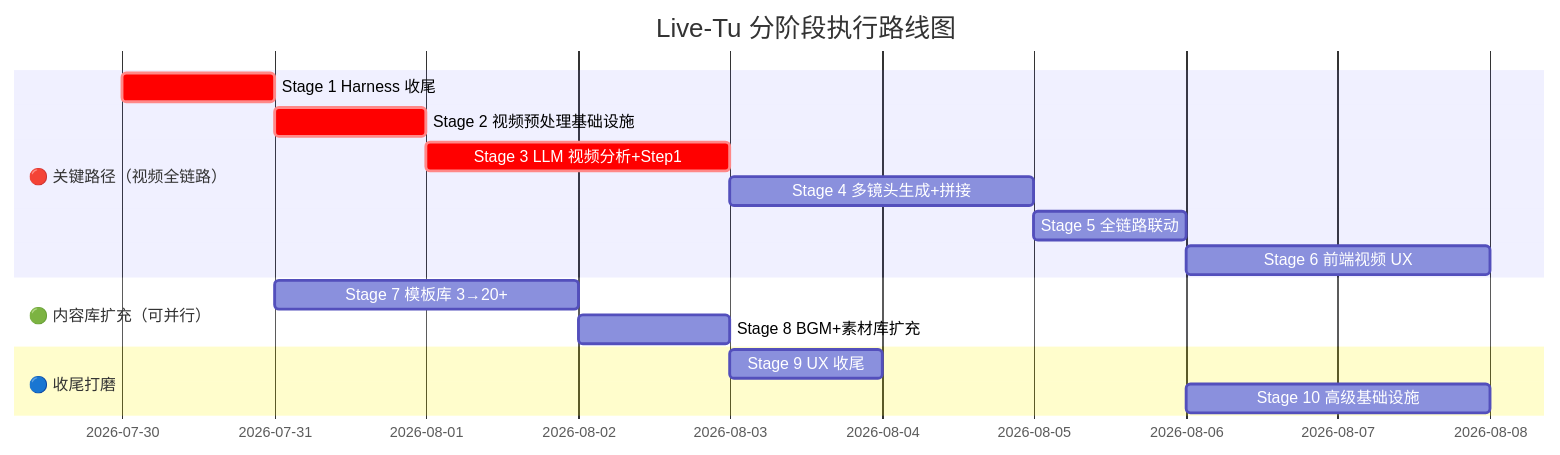
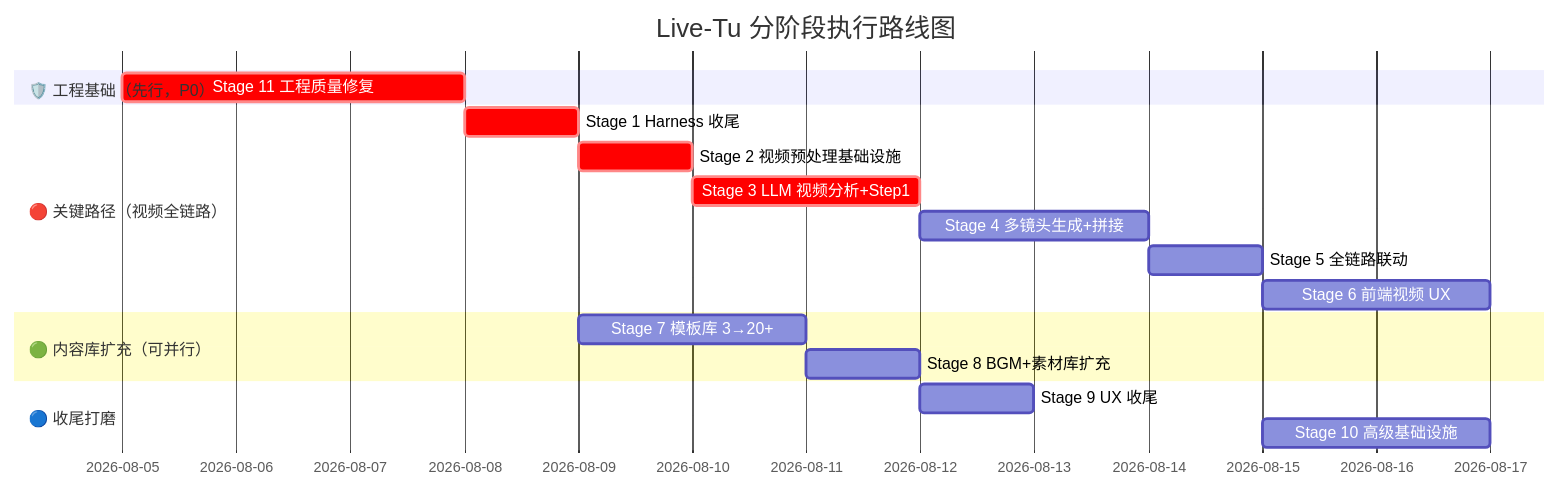
The second of 2 diagrams in implementation_plan.md (Frisk239/Live-Tu), drawn with Mermaid before and after one commit. The commit also changed other lines of this file and 18 other files, not shown here.

````diff
--- a/implementation_plan.md
+++ b/implementation_plan.md
@@ -344,21 +403,24 @@
 ```mermaid
 gantt
     title Live-Tu 分阶段执行路线图
     dateFormat YYYY-MM-DD
     
+    section 🛡️ 工程基础（先行，P0）
+    Stage 11 工程质量修复     :crit, s11, 2026-08-05, 3d
+    
     section 🔴 关键路径（视频全链路）
-    Stage 1 Harness 收尾      :crit, s1, 2026-07-30, 1d
+    Stage 1 Harness 收尾      :crit, s1, after s11, 1d
     Stage 2 视频预处理基础设施  :crit, s2, after s1, 1d
     Stage 3 LLM 视频分析+Step1 :crit, s3, after s2, 2d
     Stage 4 多镜头生成+拼接    :s4, after s3, 2d
     Stage 5 全链路联动         :s5, after s4, 1d
     Stage 6 前端视频 UX        :s6, after s5, 2d
     
     section 🟢 内容库扩充（可并行）
     Stage 7 模板库 3→20+       :s7, after s1, 2d
     Stage 8 BGM+素材库扩充     :s8, after s7, 1d
     
     section 🔵 收尾打磨
     Stage 9 UX 收尾            :s9, after s8, 1d
     Stage 10 高级基础设施       :s10, after s5, 2d
 ```
````
